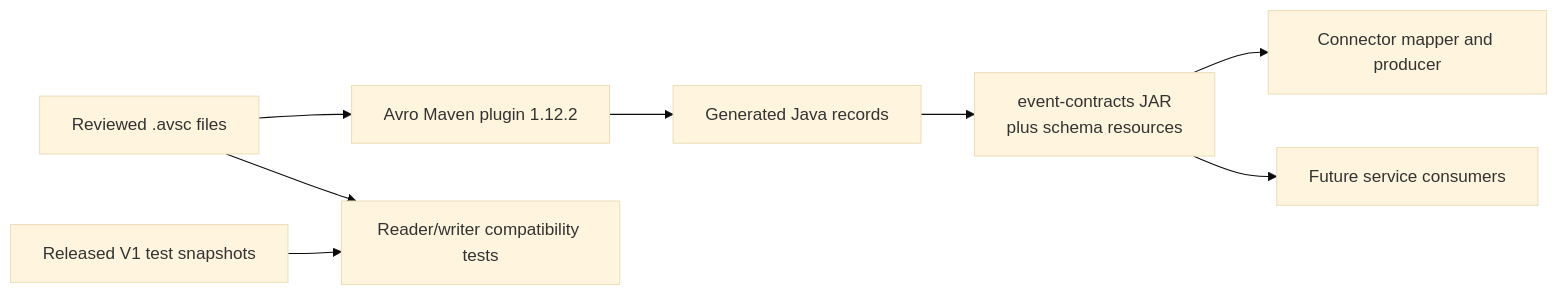
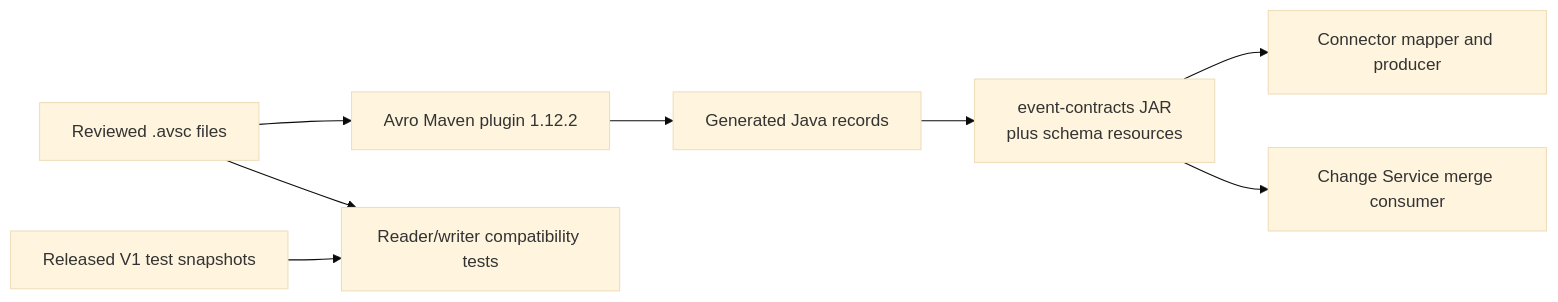
The third of 4 diagrams in backend/event-contracts/README.md (ChangeGuardHQ/changuard-platform), drawn with Mermaid (base theme) before and after one commit. The commit also changed other lines of this file and 27 other files, not shown here.

````diff
--- a/backend/event-contracts/README.md
+++ b/backend/event-contracts/README.md
@@ -73,10 +73,10 @@
 ```mermaid
 flowchart LR
     Source["Reviewed .avsc files"] --> Plugin["Avro Maven plugin 1.12.2"]
     Plugin --> Records["Generated Java records"]
     Records --> Jar["event-contracts JAR<br/>plus schema resources"]
     Jar --> Connector["Connector mapper and producer"]
-    Jar --> Consumer["Future service consumers"]
+    Jar --> Consumer["Change Service merge consumer"]
     Baseline["Released V1 test snapshots"] --> Check["Reader/writer compatibility tests"]
     Source --> Check
 ```
````
